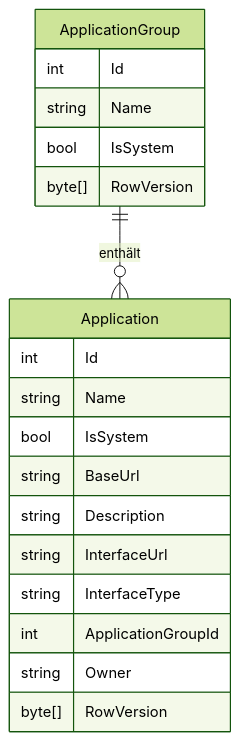
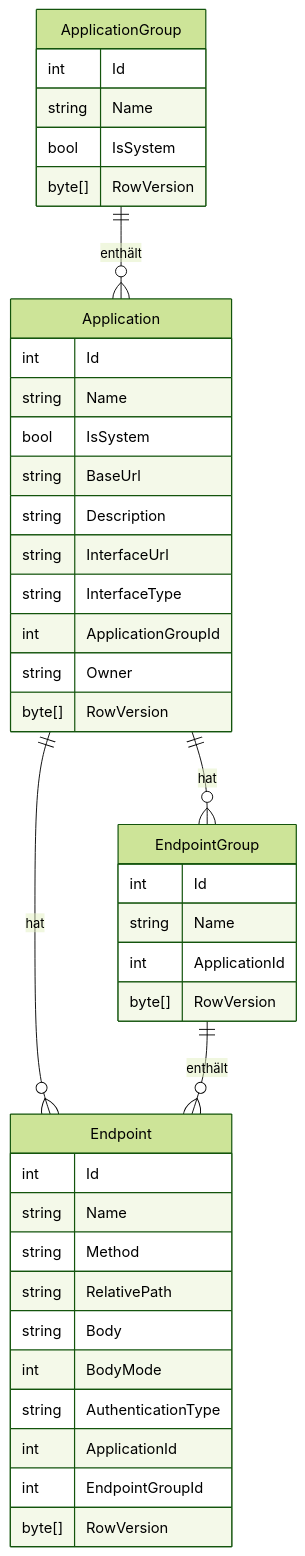
The diagram in docs/help/anwendungen/datenmodell.md (martin-stromberg/Schnittstellenzentrale), drawn with Mermaid (forest theme) before and after one commit. The commit also changed other lines of this file and 67 other files, not shown here.

````diff
--- a/docs/help/anwendungen/datenmodell.md
+++ b/docs/help/anwendungen/datenmodell.md
@@ -40,22 +93,43 @@
 ```mermaid
 erDiagram
     ApplicationGroup {
         int Id
         string Name
         bool IsSystem
         byte[] RowVersion
     }
     Application {
         int Id
         string Name
         bool IsSystem
         string BaseUrl
         string Description
         string InterfaceUrl
         string InterfaceType
         int ApplicationGroupId
         string Owner
         byte[] RowVersion
     }
+    EndpointGroup {
+        int Id
+        string Name
+        int ApplicationId
+        byte[] RowVersion
+    }
+    Endpoint {
+        int Id
+        string Name
+        string Method
+        string RelativePath
+        string Body
+        int BodyMode
+        string AuthenticationType
+        int ApplicationId
+        int EndpointGroupId
+        byte[] RowVersion
+    }
     ApplicationGroup ||--o{ Application : "enthält"
+    Application ||--o{ EndpointGroup : "hat"
+    Application ||--o{ Endpoint : "hat"
+    EndpointGroup ||--o{ Endpoint : "enthält"
 ```
````
